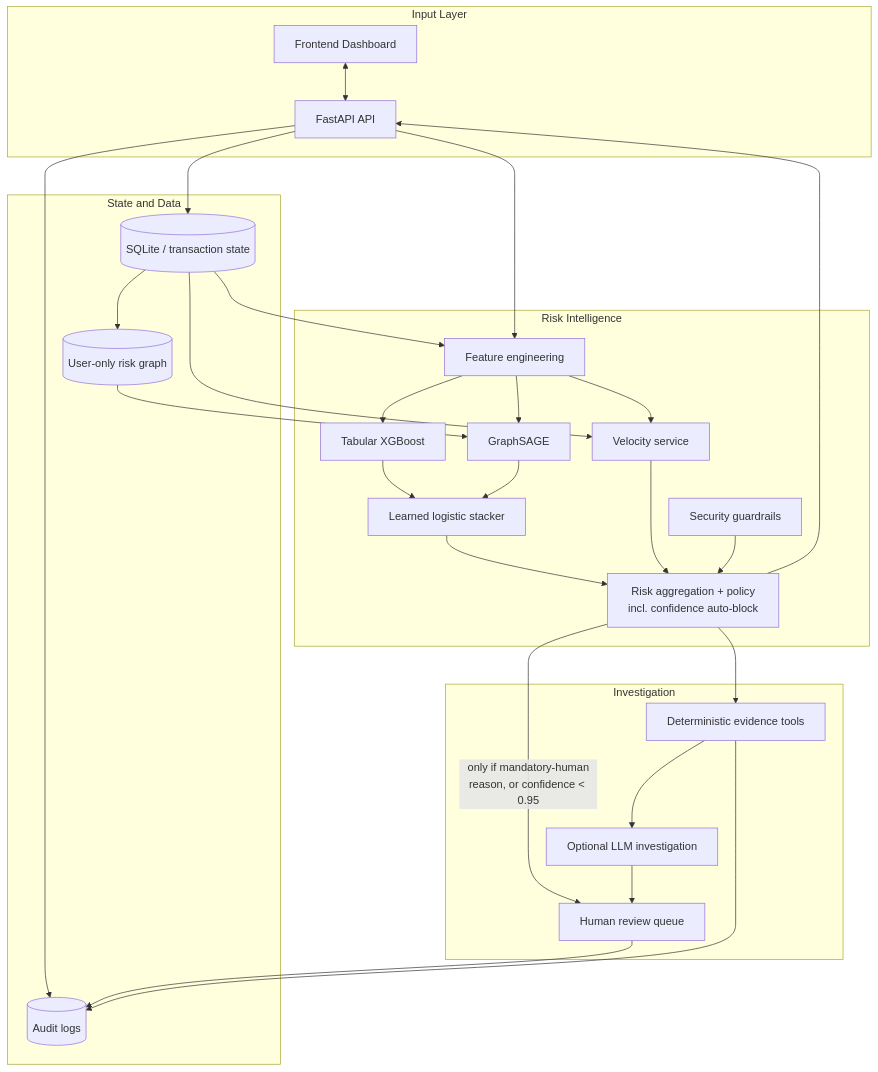
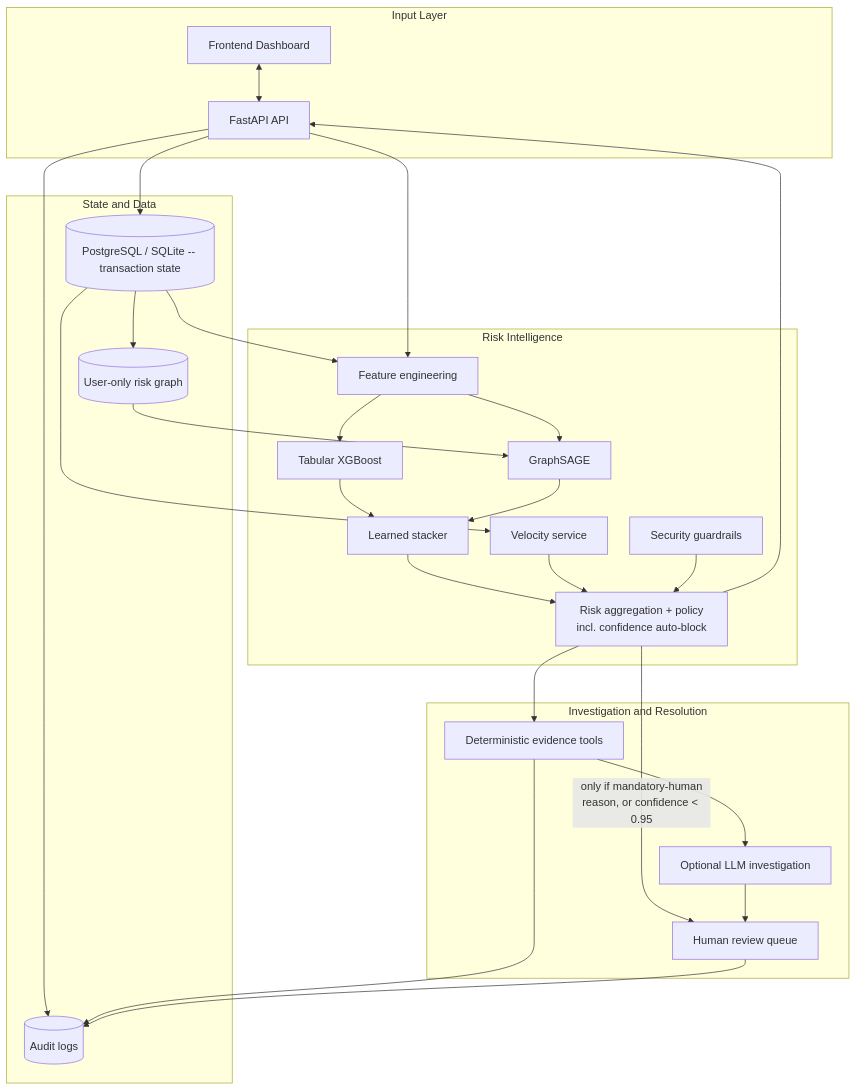
One commit to Dikshu015/RazorRisk-Agentic-AI-Payment-Fraud-Risk-Investigation-Platform changed the diagram in docs/diagrams/system-structure.mmd. Above: the diagram before and after it, drawn with Mermaid. The commit also changed other lines of this file and 7 other files, not shown here.

```diff
--- a/docs/diagrams/system-structure.mmd
+++ b/docs/diagrams/system-structure.mmd
@@ -1,52 +1,51 @@
 %%{init: {'flowchart': {'nodeSpacing': 32, 'rankSpacing': 55}}}%%
 flowchart TB
     subgraph Input[Input Layer]
         UI[Frontend Dashboard]
         API[FastAPI API]
     end
 
     subgraph State[State and Data]
-        DB[(SQLite / transaction state)]
+        DB[(PostgreSQL / SQLite -- transaction state)]
         GRAPH[(User-only risk graph)]
         AUDIT[(Audit logs)]
     end
 
     subgraph Intelligence[Risk Intelligence]
         FE[Feature engineering]
         TAB[Tabular XGBoost]
         GNN[GraphSAGE]
-        STACK[Learned logistic stacker]
+        STACK[Learned stacker]
+        VEL[Velocity service]
+        GUARD[Security guardrails]
         POLICY[Risk aggregation + policy<br/>incl. confidence auto-block]
-        GUARD[Security guardrails]
-        VEL[Velocity service]
     end
 
-    subgraph Investigation[Investigation]
+    subgraph Investigation[Investigation and Resolution]
         EVID[Deterministic evidence tools]
         LLM[Optional LLM investigation]
         HITL[Human review queue]
     end
 
     UI <--> API
     API --> FE
     API --> DB
+    DB --> FE
     DB --> VEL
-    DB --> FE
+    DB --> GRAPH
     FE --> TAB
     FE --> GNN
     GRAPH --> GNN
-    FE --> VEL
     TAB --> STACK
     GNN --> STACK
     STACK --> POLICY
     VEL --> POLICY
     GUARD --> POLICY
     POLICY --> API
     POLICY --> EVID
+    POLICY -->|"only if mandatory-human<br/>reason, or confidence < 0.95"| HITL
     EVID --> LLM
-    POLICY -->|"only if mandatory-human<br/>reason, or confidence < 0.95"| HITL
     LLM --> HITL
     API --> AUDIT
+    EVID --> AUDIT
     HITL --> AUDIT
-    EVID --> AUDIT
-    DB --> GRAPH
```
